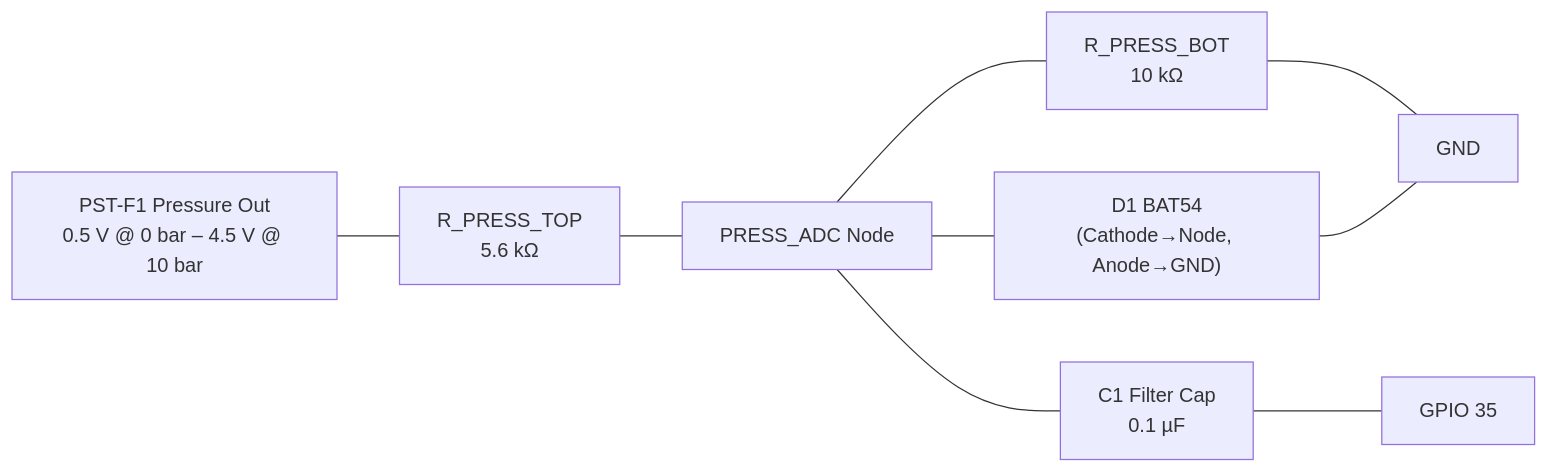
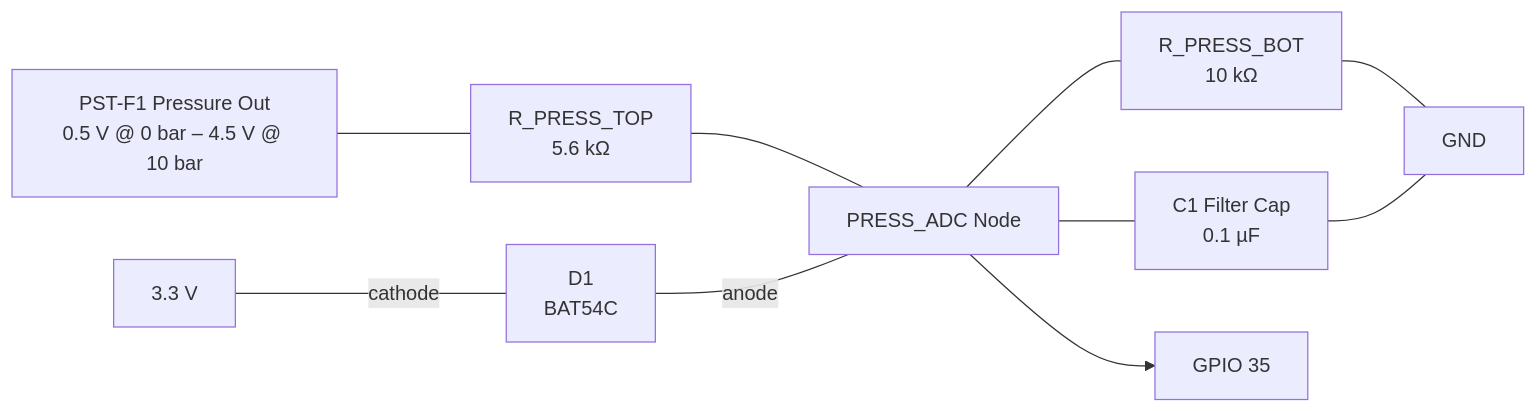
Before and after one commit to DinoLeung/can-bus-injector: the first of 2 diagrams in bolt-on-bosch-pst-f-1/README.md, drawn with Mermaid. The commit also changed other lines of this file and 4 other files, not shown here.

````diff
--- a/bolt-on-bosch-pst-f-1/README.md
+++ b/bolt-on-bosch-pst-f-1/README.md
@@ -41,16 +41,19 @@
 ``` mermaid
 flowchart LR
   PSTF1_P["PST-F1 Pressure Out<br/>0.5 V @ 0 bar – 4.5 V @ 10 bar"]
   PRESS_ADC["PRESS_ADC Node"]
   R_PRESS_TOP["R_PRESS_TOP<br/>5.6 kΩ"]
   R_PRESS_BOT["R_PRESS_BOT<br/>10 kΩ"]
-  D1["D1 BAT54<br/>(Cathode→Node, Anode→GND)"]
+  D1["D1<br/>BAT54C"]
   C1["C1 Filter Cap<br/>0.1 µF"]
   GND["GND"]
+  VCC["3.3 V"]
   GPIO["GPIO 35"]
 
   PSTF1_P --- R_PRESS_TOP --- PRESS_ADC
+  VCC ---|cathode| D1
+  D1 ---|anode| PRESS_ADC
   PRESS_ADC --- R_PRESS_BOT --- GND
-  PRESS_ADC --- D1 --- GND
-  PRESS_ADC --- C1 --- GPIO
+  PRESS_ADC --- C1 --- GND
+  PRESS_ADC --> GPIO
 ```
````
